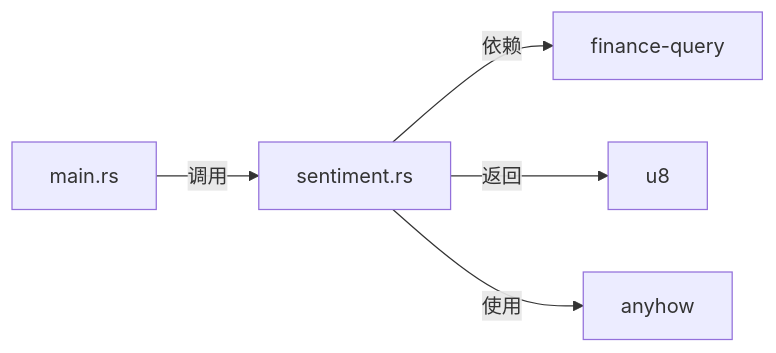
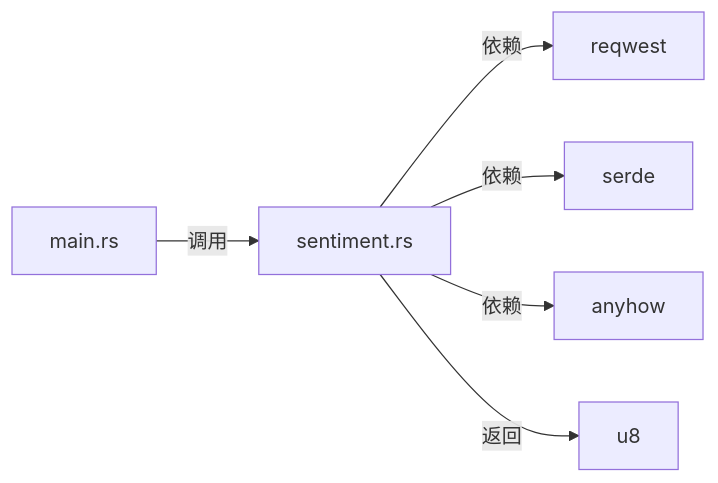
Before and after one commit to sopaco/money-never-sleep: the second of 3 diagrams in litho.docs/4、深入探索/外部数据获取.md, drawn with Mermaid. The commit also changed other lines of this file and 20 other files, not shown here.

````diff
--- a/litho.docs/4、深入探索/外部数据获取.md
+++ b/litho.docs/4、深入探索/外部数据获取.md
@@ -86,7 +127,8 @@
 ```mermaid
 graph LR
     A[main.rs] -->|调用| B[sentiment.rs]
-    B -->|依赖| C[finance-query]
-    B -->|返回| D[u8]
-    B -->|使用| E[anyhow]
+    B -->|依赖| C[reqwest]
+    B -->|依赖| D[serde]
+    B -->|依赖| E[anyhow]
+    B -->|返回| F[u8]
 ```
````
